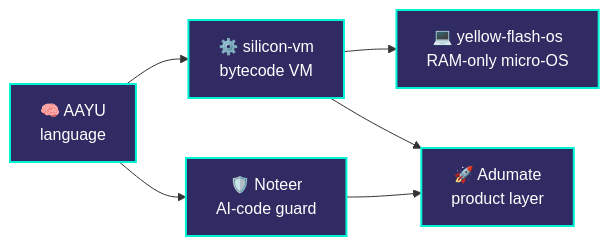
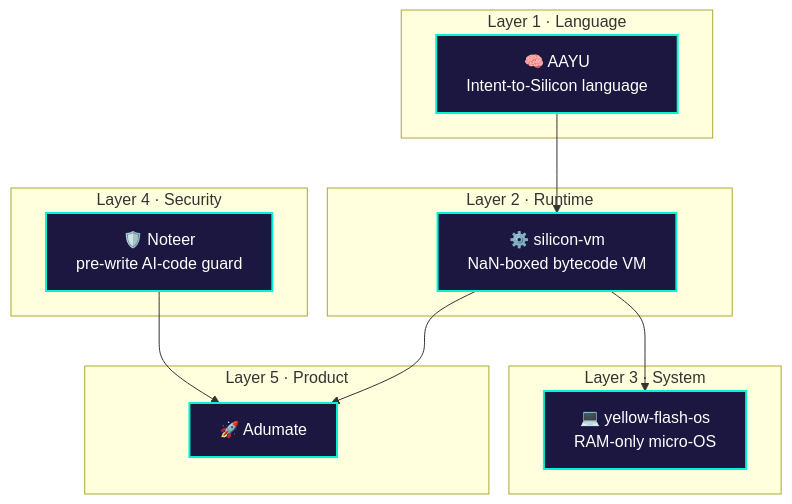
The first of 4 diagrams in README.md (Ghrit-igl/Ghrit-igl), drawn with Mermaid before and after one commit. The commit also changed other lines of this file, not shown here.

````diff
--- a/README.md
+++ b/README.md
@@ -42,11 +48,24 @@
 ```mermaid
-flowchart LR
-    A["🧠 AAYU<br/>language"] --> B["⚙️ silicon-vm<br/>bytecode VM"]
-    B --> C["💻 yellow-flash-os<br/>RAM-only micro-OS"]
-    A --> D["🛡️ Noteer<br/>AI-code guard"]
-    D --> E["🚀 Adumate<br/>product layer"]
+flowchart TB
+    subgraph L1["Layer 1 · Language"]
+        A["🧠 AAYU<br/>Intent-to-Silicon language"]
+    end
+    subgraph L2["Layer 2 · Runtime"]
+        B["⚙️ silicon-vm<br/>NaN-boxed bytecode VM"]
+    end
+    subgraph L3["Layer 3 · System"]
+        C["💻 yellow-flash-os<br/>RAM-only micro-OS"]
+    end
+    subgraph L4["Layer 4 · Security"]
+        D["🛡️ Noteer<br/>pre-write AI-code guard"]
+    end
+    subgraph L5["Layer 5 · Product"]
+        E["🚀 Adumate"]
+    end
+    A --> B --> C
     B --> E
+    D --> E
 
-    classDef core fill:#302b63,stroke:#00f5d4,color:#fff,stroke-width:2px;
-    class A,B,C,D,E core;
+    classDef n fill:#1b1740,stroke:#00f5d4,color:#fff,stroke-width:2px;
+    class A,B,C,D,E n;
 ```
````
